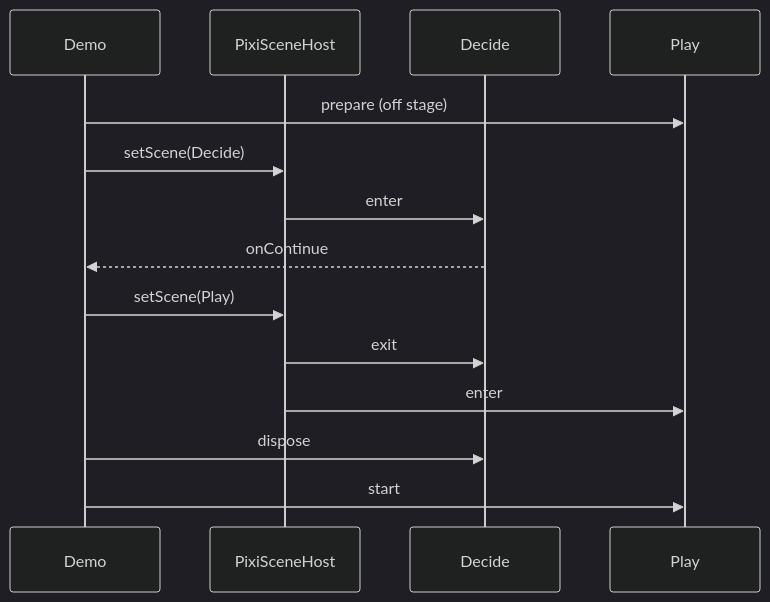
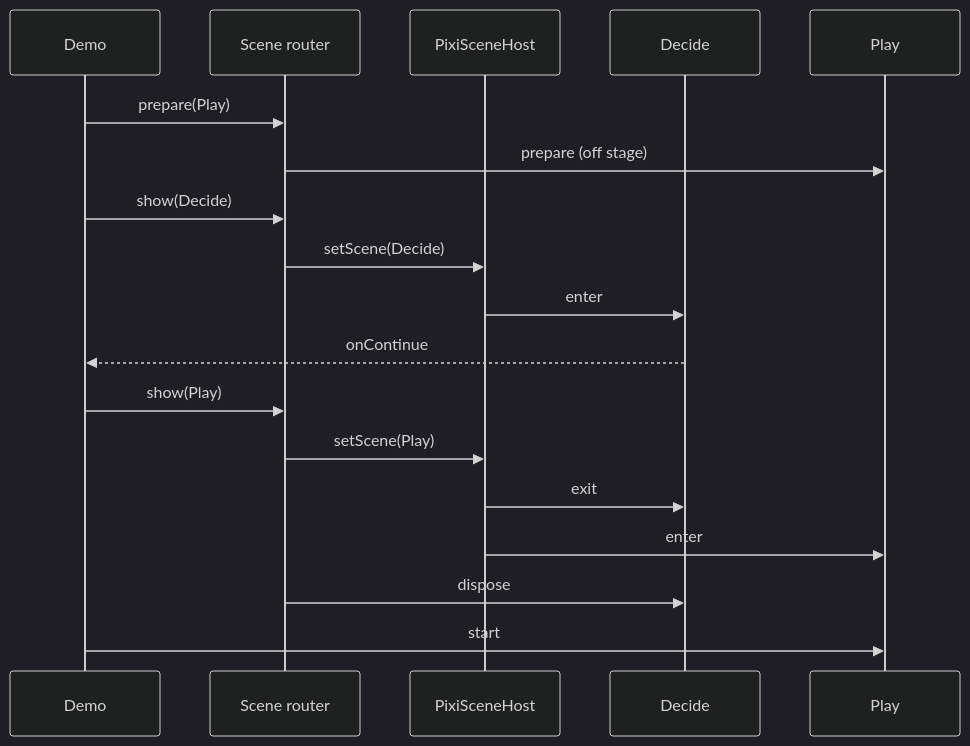
Before and after one commit to nulltask/be-music: the fourth of 13 diagrams in docs/player-web.md, drawn with Mermaid (dark theme). The commit also changed other lines of this file and 5 other files, not shown here.

First line of the commit message:
docs: describe the demo's scene router in the scene lifecycle [ci skip]

````diff
--- a/docs/player-web.md
+++ b/docs/player-web.md
@@ -322,16 +324,20 @@
 ```mermaid
 sequenceDiagram
   participant Demo
+  participant Router as Scene router
   participant Host as PixiSceneHost
   participant Decide
   participant Play
-  Demo->>Play: prepare (off stage)
-  Demo->>Host: setScene(Decide)
+  Demo->>Router: prepare(Play)
+  Router->>Play: prepare (off stage)
+  Demo->>Router: show(Decide)
+  Router->>Host: setScene(Decide)
   Host->>Decide: enter
   Decide-->>Demo: onContinue
-  Demo->>Host: setScene(Play)
+  Demo->>Router: show(Play)
+  Router->>Host: setScene(Play)
   Host->>Decide: exit
   Host->>Play: enter
-  Demo->>Decide: dispose
+  Router->>Decide: dispose
   Demo->>Play: start
 ```
````
